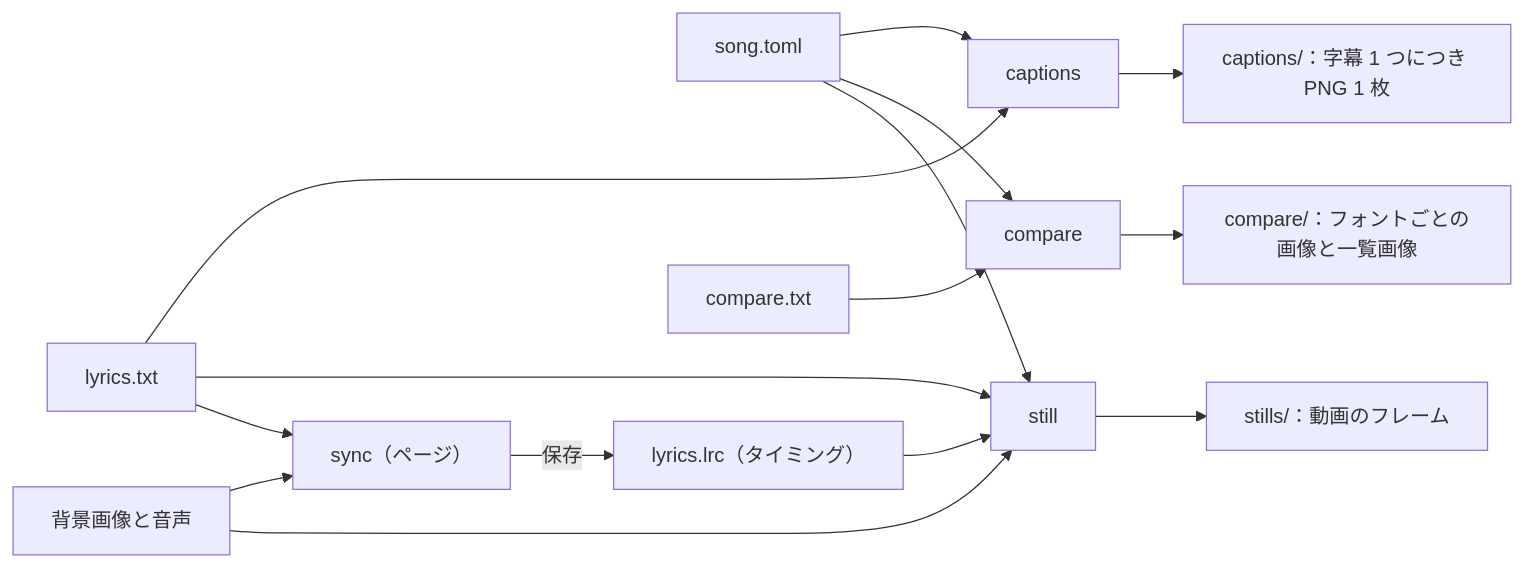
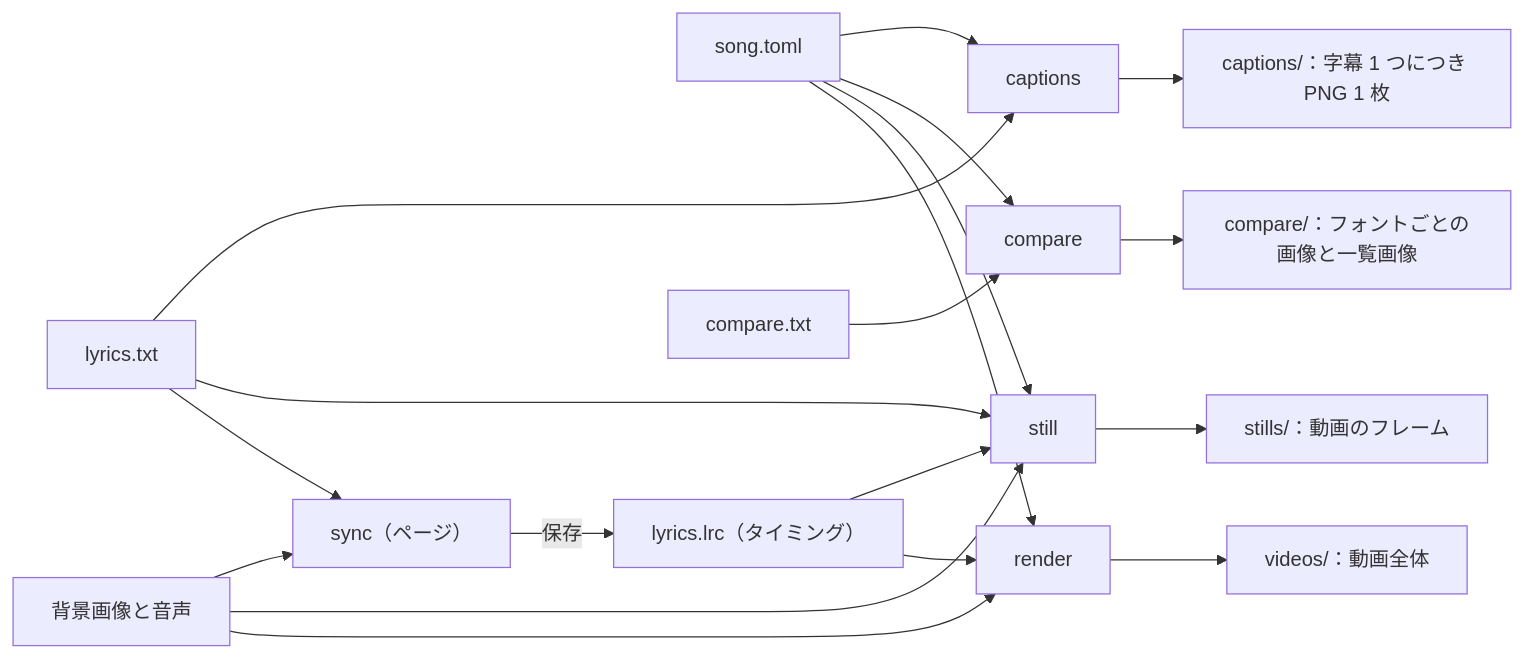
One commit to musica-sanare/lyrics-video-app changed the diagram in docs/ja/USER_GUIDE.md. Above: the diagram before and after it, drawn with Mermaid. The commit also changed other lines of this file and 14 other files, not shown here.

````diff
--- a/docs/ja/USER_GUIDE.md
+++ b/docs/ja/USER_GUIDE.md
@@ -14,25 +14,28 @@
 ```mermaid
 flowchart LR
   song["song.toml"]
   lyrics["lyrics.txt"]
   timing["lyrics.lrc（タイミング）"]
   comparetxt["compare.txt"]
   media["背景画像と音声"]
   captions["captions"]
   compare["compare"]
   still["still"]
+  render["render"]
   sync["sync（ページ）"]
   outCaptions["captions/：字幕 1 つにつき PNG 1 枚"]
   outCompare["compare/：フォントごとの画像と一覧画像"]
   outStills["stills/：動画のフレーム"]
-  song --> captions & compare & still
+  outVideos["videos/：動画全体"]
+  song --> captions & compare & still & render
   lyrics --> captions & still
-  timing --> still
+  timing --> still & render
   lyrics & media --> sync
   sync -->|保存| timing
   comparetxt --> compare
-  media --> still
+  media --> still & render
+  render --> outVideos
   captions --> outCaptions
   compare --> outCompare
   still --> outStills
 ```
````
